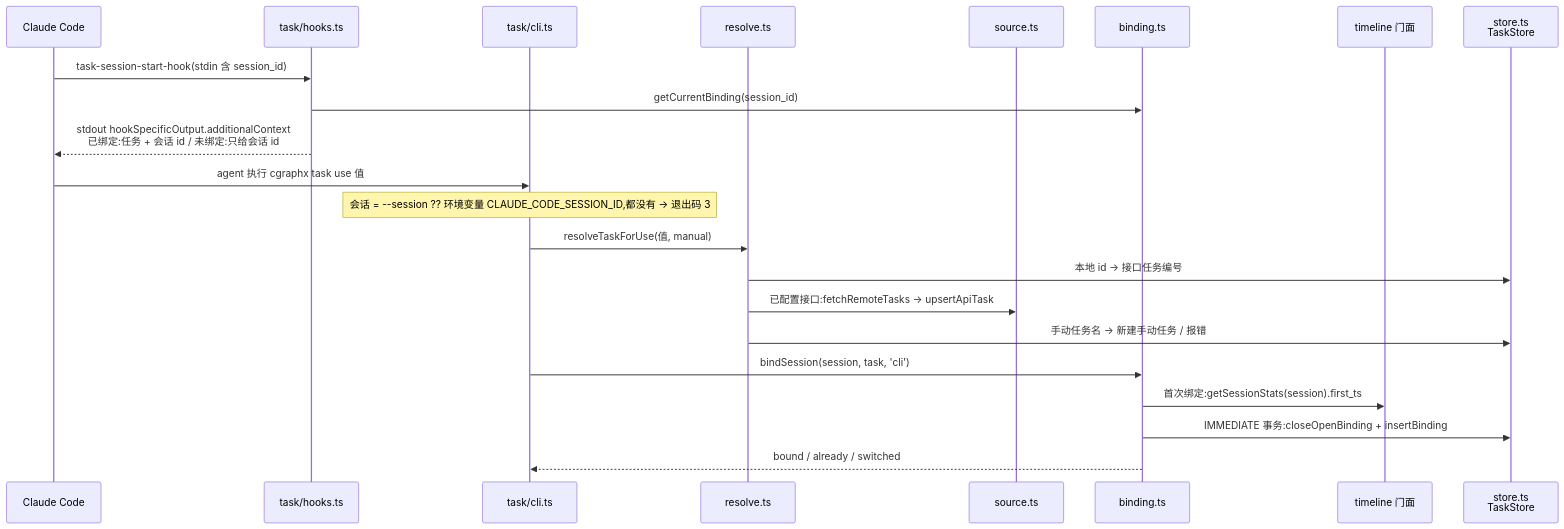
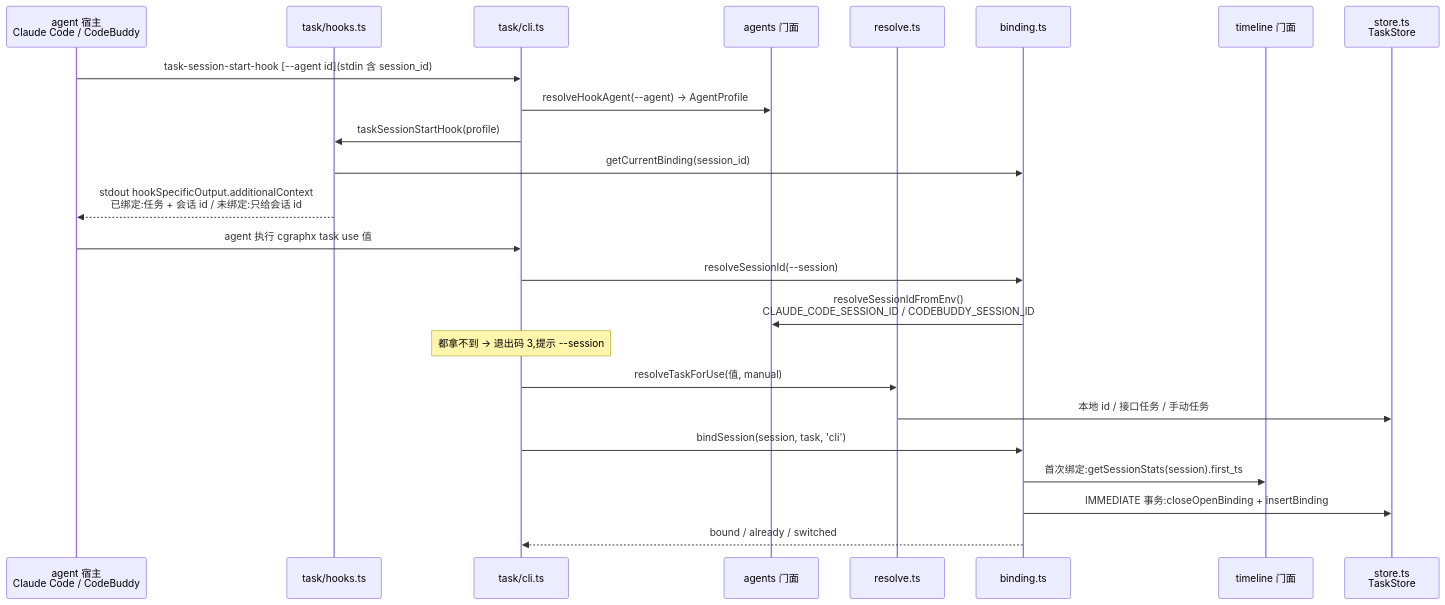
The first of 3 diagrams in docs/code-map/flows/开发任务绑定.md (smdnkB/cgraphx), drawn with Mermaid before and after one commit. The commit also changed other lines of this file and 5 other files, not shown here.

First line of the commit message:
docs: 多 agent 适配知识沉淀 + 刷新代码地图

````diff
--- a/docs/code-map/flows/开发任务绑定.md
+++ b/docs/code-map/flows/开发任务绑定.md
@@ -39,25 +54,27 @@
 ```mermaid
 sequenceDiagram
-  participant CC as Claude Code
+  participant AG as agent 宿主<br/>Claude Code / CodeBuddy
   participant HK as task/hooks.ts
   participant CLI as task/cli.ts
+  participant AP as agents 门面
   participant RS as resolve.ts
-  participant SRC as source.ts
   participant BD as binding.ts
   participant TL as timeline 门面
   participant ST as store.ts<br/>TaskStore
 
-  CC->>HK: task-session-start-hook(stdin 含 session_id)
+  AG->>CLI: task-session-start-hook [--agent id](stdin 含 session_id)
+  CLI->>AP: resolveHookAgent(--agent) → AgentProfile
+  CLI->>HK: taskSessionStartHook(profile)
   HK->>BD: getCurrentBinding(session_id)
-  HK-->>CC: stdout hookSpecificOutput.additionalContext<br/>已绑定:任务 + 会话 id / 未绑定:只给会话 id
-  CC->>CLI: agent 执行 cgraphx task use 值
-  Note over CLI: 会话 = --session ?? 环境变量 CLAUDE_CODE_SESSION_ID,都没有 → 退出码 3
+  HK-->>AG: stdout hookSpecificOutput.additionalContext<br/>已绑定:任务 + 会话 id / 未绑定:只给会话 id
+  AG->>CLI: agent 执行 cgraphx task use 值
+  CLI->>BD: resolveSessionId(--session)
+  BD->>AP: resolveSessionIdFromEnv()<br/>CLAUDE_CODE_SESSION_ID / CODEBUDDY_SESSION_ID
+  Note over CLI: 都拿不到 → 退出码 3,提示 --session
   CLI->>RS: resolveTaskForUse(值, manual)
-  RS->>ST: 本地 id → 接口任务编号
-  RS->>SRC: 已配置接口:fetchRemoteTasks → upsertApiTask
-  RS->>ST: 手动任务名 → 新建手动任务 / 报错
+  RS->>ST: 本地 id / 接口任务 / 手动任务
   CLI->>BD: bindSession(session, task, 'cli')
   BD->>TL: 首次绑定:getSessionStats(session).first_ts
   BD->>ST: IMMEDIATE 事务:closeOpenBinding + insertBinding
   BD-->>CLI: bound / already / switched
 ```
````
